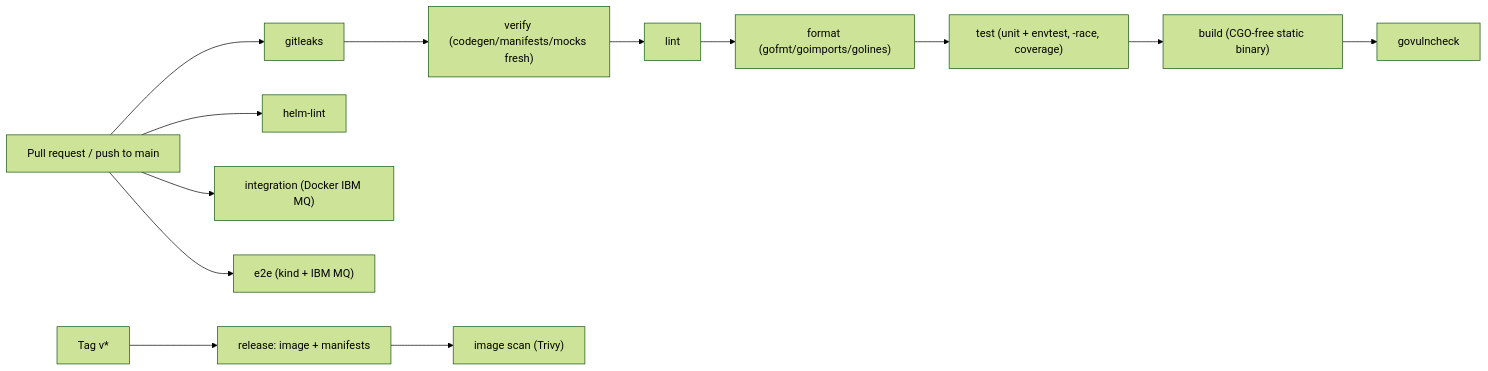
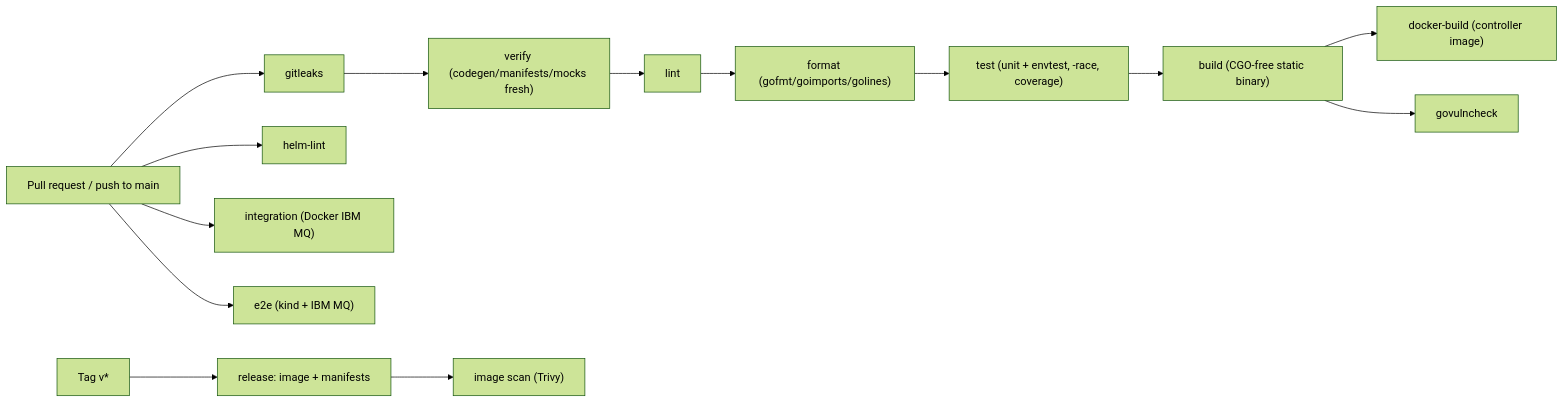
The diagram in docs/CICD.md (conduit-ops/MKurator), drawn with Mermaid (forest theme) before and after one commit. The commit also changed other lines of this file and 1 other file, not shown here.

First line of the commit message:
ci: :construction_worker: build controller image on PR

````diff
--- a/docs/CICD.md
+++ b/docs/CICD.md
@@ -24,15 +24,16 @@
 ```mermaid
 flowchart LR
   pr["Pull request / push to main"] --> gitleaks
   gitleaks --> verify
   verify["verify (codegen/manifests/mocks fresh)"] --> lint
   lint --> format["format (gofmt/goimports/golines)"]
   format --> test["test (unit + envtest, -race, coverage)"]
   test --> build["build (CGO-free static binary)"]
+  build --> docker["docker-build (controller image)"]
   build --> vuln["govulncheck"]
   pr --> helmlint["helm-lint"]
   pr --> integration["integration (Docker IBM MQ)"]
   pr --> e2e["e2e (kind + IBM MQ)"]
   tag["Tag v*"] --> release["release: image + manifests"]
   release --> scan["image scan (Trivy)"]
 ```
````
